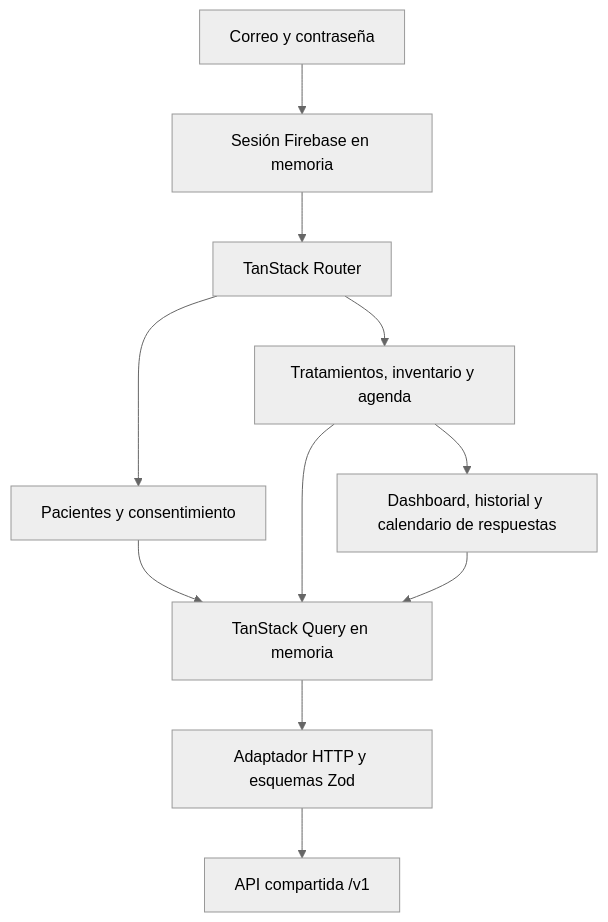
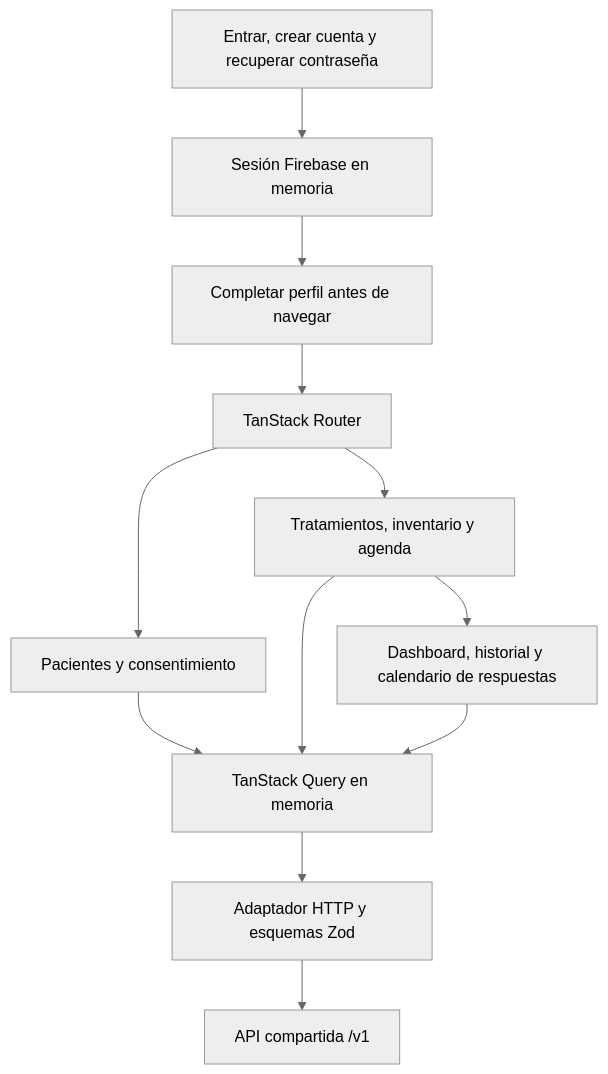
The diagram in apps/web/docs/00-home.md (Nandem1/nndsk-medication-tracker), drawn with Mermaid (neutral theme) before and after one commit. The commit also changed other lines of this file and 30 other files, not shown here.

````diff
--- a/apps/web/docs/00-home.md
+++ b/apps/web/docs/00-home.md
@@ -5,13 +5,14 @@
 ```mermaid
 flowchart TB
-    Login[Correo y contraseña] --> Session[Sesión Firebase en memoria]
-    Session --> Router[TanStack Router]
+    Login[Entrar, crear cuenta y recuperar contraseña] --> Session[Sesión Firebase en memoria]
+    Session --> Profile[Completar perfil antes de navegar]
+    Profile --> Router[TanStack Router]
     Router --> Patients[Pacientes y consentimiento]
     Router --> Patient[Tratamientos, inventario y agenda]
     Patient --> Dashboard[Dashboard, historial y calendario de respuestas]
     Patients --> Query[TanStack Query en memoria]
     Patient --> Query
     Dashboard --> Query
     Query --> Adapter[Adaptador HTTP y esquemas Zod]
     Adapter --> API[API compartida /v1]
 ```
````
